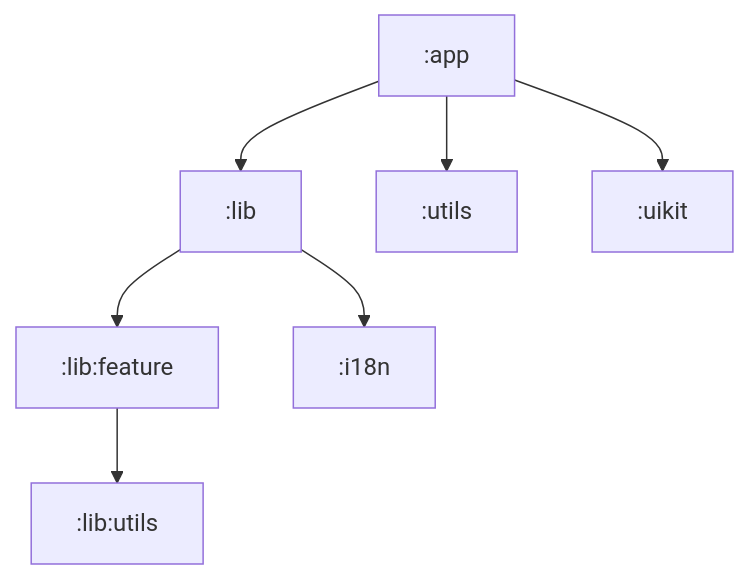
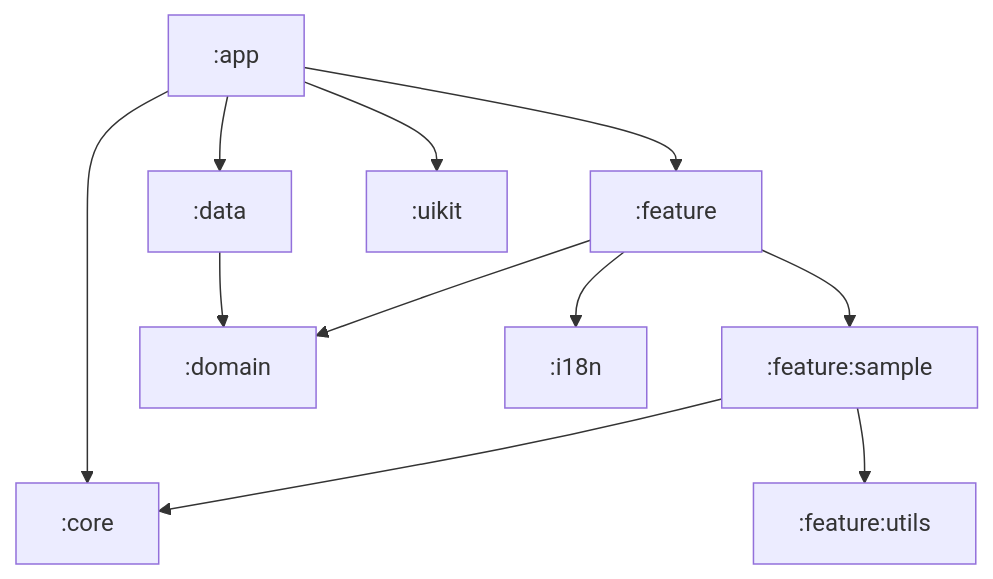
The diagram in docs/CONTEXT.md (kenkoro/suppa), drawn with Mermaid before and after one commit. The commit also changed other lines of this file and 1 other file, not shown here.

Commit message:
docs: obsolete feature guide

````diff
--- a/docs/CONTEXT.md
+++ b/docs/CONTEXT.md
@@ -20,9 +22,13 @@
 ```mermaid
 graph TD;
-    :app-->:lib
-    :app-->:utils
+    :app-->:feature
+    :app-->:data
+    :app-->:core
+    :feature:sample-->:core
     :app-->:uikit
-    :lib-->:lib:feature
-    :lib-->:i18n
-    :lib:feature-->:lib:utils
+    :data-->:domain
+    :feature-->:feature:sample
+    :feature-->:domain
+    :feature-->:i18n
+    :feature:sample-->:feature:utils
 ```
````
